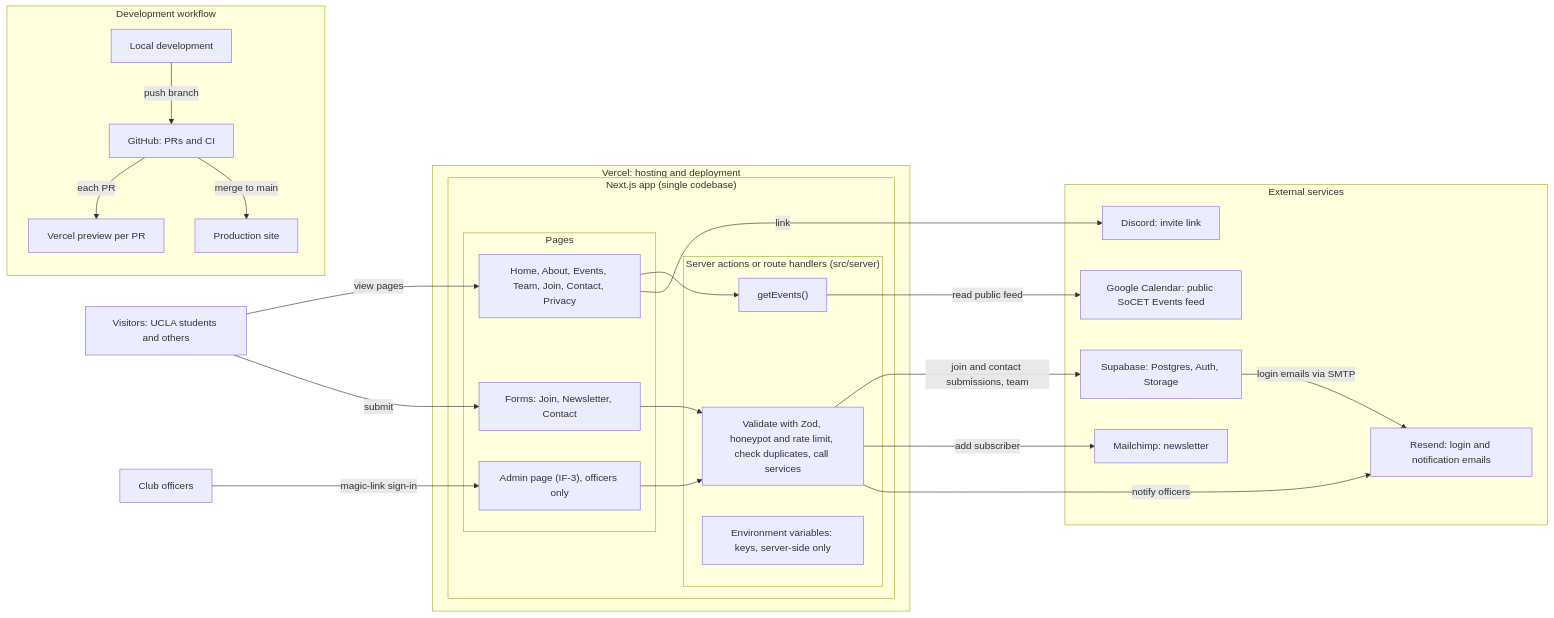
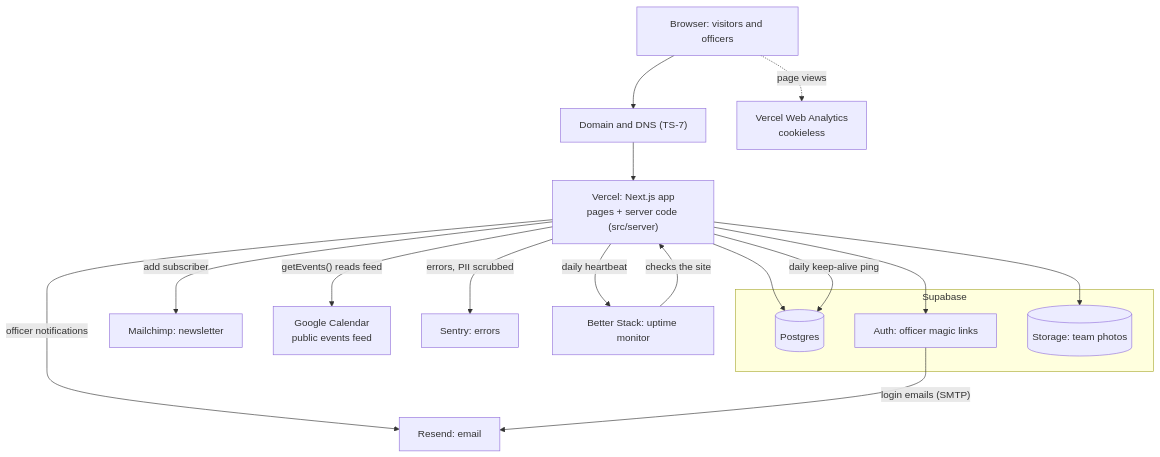
One commit to kayla0409/SoCET-website changed the first of 2 diagrams in docs/ARCHITECTURE.md. Above: the diagram before and after it, drawn with Mermaid. The commit also changed other lines of this file and 3 other files, not shown here.

Commit message:
docs(adr): pick analytics and uptime monitor, verify costs, accept ADR-0001 (TS-1) (#19)

````diff
--- a/docs/ARCHITECTURE.md
+++ b/docs/ARCHITECTURE.md
@@ -99,52 +91,33 @@
 ```mermaid
-flowchart LR
-  Users["Visitors: UCLA students and others"]
-  Officers["Club officers"]
+flowchart TB
+  B["Browser: visitors and officers"]
+  D["Domain and DNS (TS-7)"]
+  V["Vercel: Next.js app<br/>pages + server code (src/server)"]
+  A["Vercel Web Analytics<br/>cookieless"]
 
-  subgraph Vercel["Vercel: hosting and deployment"]
-    subgraph Next["Next.js app (single codebase)"]
-      subgraph FE["Pages"]
-        Pages["Home, About, Events, Team, Join, Contact, Privacy"]
-        Forms["Forms: Join, Newsletter, Contact"]
-        Admin["Admin page (IF-3), officers only"]
-      end
-      subgraph BE["Server actions or route handlers (src/server)"]
-        Logic["Validate with Zod, honeypot and rate limit, check duplicates, call services"]
-        GetEv["getEvents()"]
-        Env["Environment variables: keys, server-side only"]
-      end
-    end
+  subgraph SB["Supabase"]
+    PG[("Postgres")]
+    AU["Auth: officer magic links"]
+    ST[("Storage: team photos")]
   end
 
-  subgraph Ext["External services"]
-    Supa["Supabase: Postgres, Auth, Storage"]
-    Mail["Mailchimp: newsletter"]
-    Resend["Resend: login and notification emails"]
-    Cal["Google Calendar: public SoCET Events feed"]
-    Disc["Discord: invite link"]
-  end
+  R["Resend: email"]
+  M["Mailchimp: newsletter"]
+  C["Google Calendar<br/>public events feed"]
+  S["Sentry: errors"]
+  U["Better Stack: uptime monitor"]
 
-  Users -->|"view pages"| Pages
-  Users -->|"submit"| Forms
-  Forms --> Logic
-  Officers -->|"magic-link sign-in"| Admin
-  Admin --> Logic
-  Logic -->|"join and contact submissions, team"| Supa
-  Logic -->|"add subscriber"| Mail
-  Logic -->|"notify officers"| Resend
-  Supa -->|"login emails via SMTP"| Resend
-  Pages --> GetEv
-  GetEv -->|"read public feed"| Cal
-  Pages -->|"link"| Disc
-
-  subgraph Dev["Development workflow"]
-    Local["Local development"]
-    GH["GitHub: PRs and CI"]
-    Prev["Vercel preview per PR"]
-    Live["Production site"]
-  end
-
-  Local -->|"push branch"| GH
-  GH -->|"each PR"| Prev
-  GH -->|"merge to main"| Live
+  B --> D --> V
+  B -. "page views" .-> A
+  V --> PG
+  V --> AU
+  V --> ST
+  V -->|"officer notifications"| R
+  AU -->|"login emails (SMTP)"| R
+  V -->|"add subscriber"| M
+  V -->|"getEvents() reads feed"| C
+  V -->|"errors, PII scrubbed"| S
+  U -->|"checks the site"| V
+  V -->|"daily keep-alive ping"| PG
+  V -->|"daily heartbeat"| U
 ```
````
